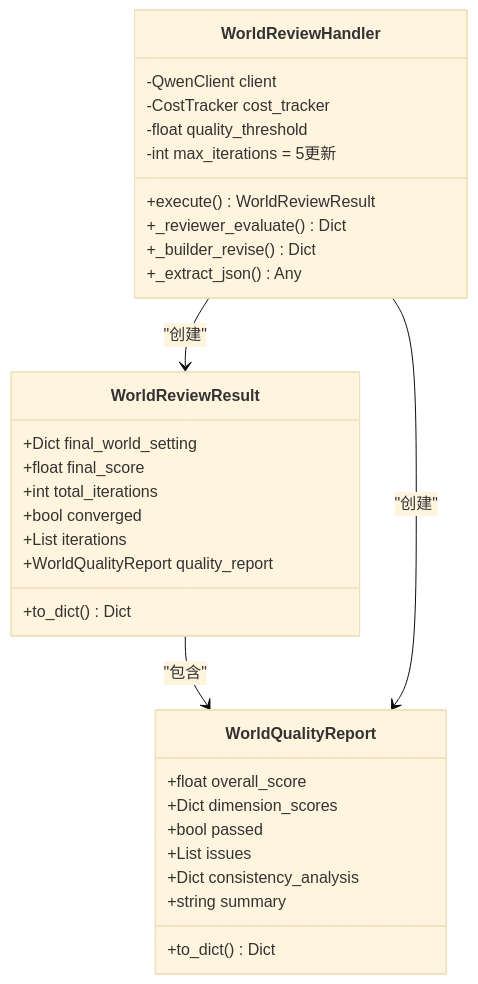
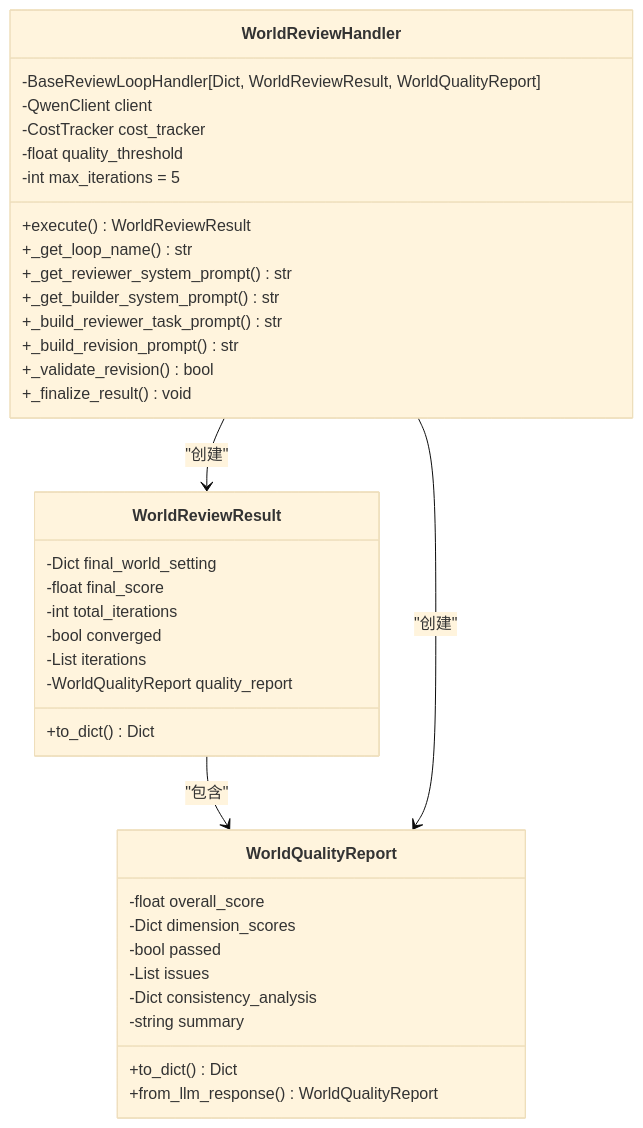
The sixth of 10 diagrams in .qoder/repowiki/zh/content/AI智能体系统/世界设定审查处理器.md (xfbyxq/ai-novel-system), drawn with Mermaid (base theme) before and after one commit. The commit also changed other lines of this file and 84 other files, not shown here.

````diff
--- a/.qoder/repowiki/zh/content/AI智能体系统/世界设定审查处理器.md
+++ b/.qoder/repowiki/zh/content/AI智能体系统/世界设定审查处理器.md
@@ -250,34 +333,40 @@
 ```mermaid
 classDiagram
 class WorldReviewResult {
-+Dict final_world_setting
-+float final_score
-+int total_iterations
-+bool converged
-+List iterations
-+WorldQualityReport quality_report
+-Dict final_world_setting
+-float final_score
+-int total_iterations
+-bool converged
+-List iterations
+-WorldQualityReport quality_report
 +to_dict() Dict
 }
 class WorldQualityReport {
-+float overall_score
-+Dict dimension_scores
-+bool passed
-+List issues
-+Dict consistency_analysis
-+string summary
+-float overall_score
+-Dict dimension_scores
+-bool passed
+-List issues
+-Dict consistency_analysis
+-string summary
 +to_dict() Dict
++from_llm_response() WorldQualityReport
 }
 class WorldReviewHandler {
+-BaseReviewLoopHandler[Dict, WorldReviewResult, WorldQualityReport]
 -QwenClient client
 -CostTracker cost_tracker
 -float quality_threshold
--int max_iterations = 5更新
+-int max_iterations = 5
 +execute() WorldReviewResult
-+_reviewer_evaluate() Dict
-+_builder_revise() Dict
-+_extract_json() Any
++_get_loop_name() str
++_get_reviewer_system_prompt() str
++_get_builder_system_prompt() str
++_build_reviewer_task_prompt() str
++_build_revision_prompt() str
++_validate_revision() bool
++_finalize_result() void
 }
 WorldReviewResult --> WorldQualityReport : "包含"
 WorldReviewHandler --> WorldReviewResult : "创建"
 WorldReviewHandler --> WorldQualityReport : "创建"
 ```
````
